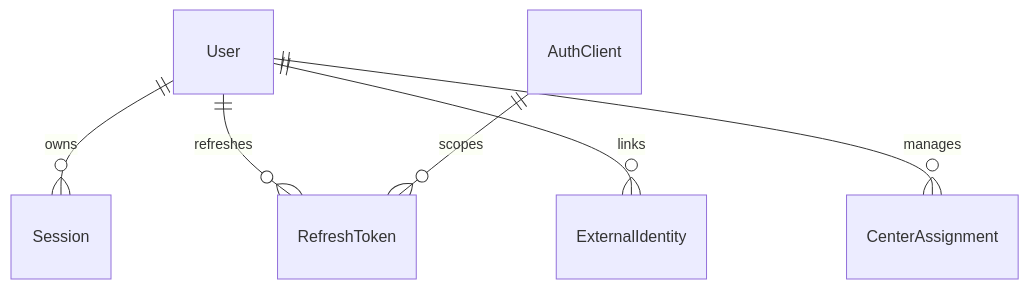
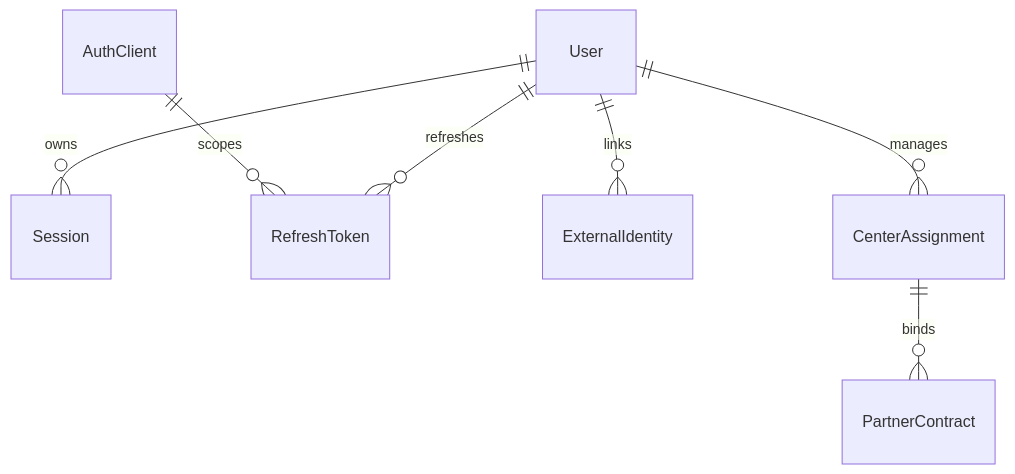
One commit to chiendz11/badminton_system changed the first of 2 diagrams in docs/week-5/W05-N4_data-rbac.md. Above: the diagram before and after it, drawn with Mermaid. The commit also changed other lines of this file and 8 other files, not shown here.

````diff
--- a/docs/week-5/W05-N4_data-rbac.md
+++ b/docs/week-5/W05-N4_data-rbac.md
@@ -18,8 +18,9 @@
 ```mermaid
 erDiagram
   User ||--o{ Session : owns
   User ||--o{ RefreshToken : refreshes
   User ||--o{ ExternalIdentity : links
   User ||--o{ CenterAssignment : manages
   AuthClient ||--o{ RefreshToken : scopes
+  CenterAssignment ||--o{ PartnerContract : binds
 ```
````
